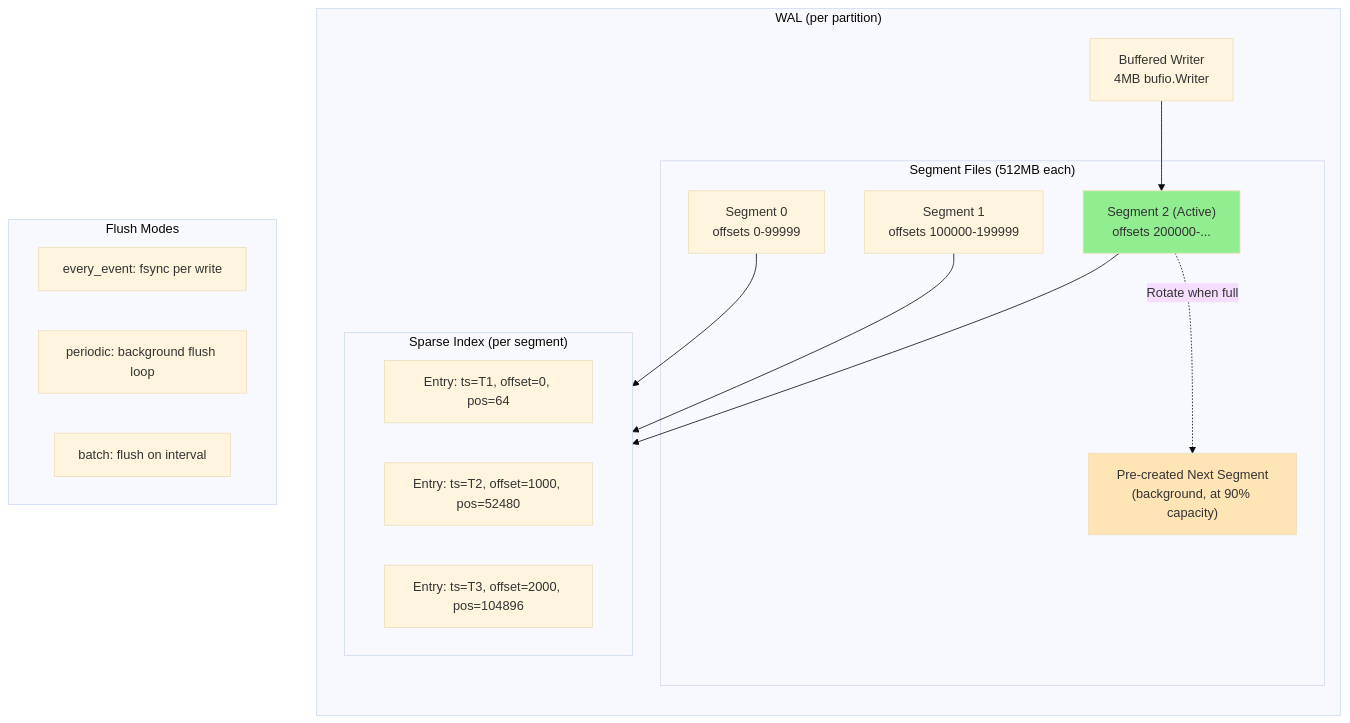
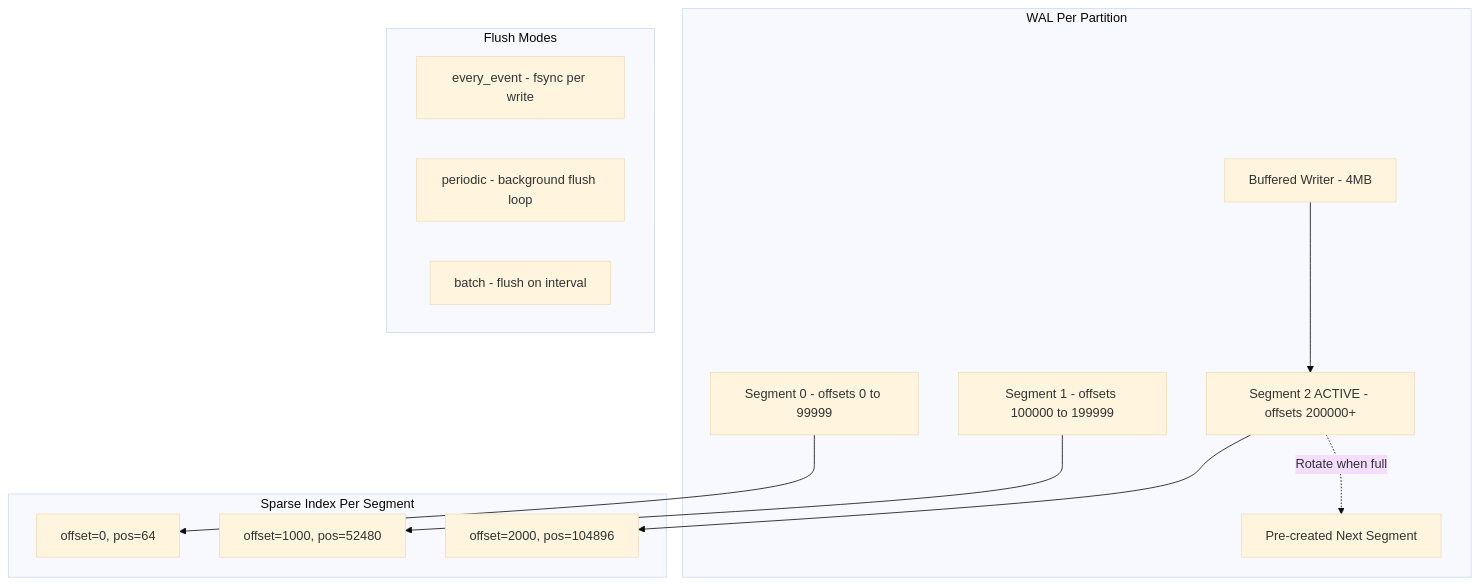
One commit to jatin711-debug/cronos_db_golang changed the eighth of 36 diagrams in ARCHITECTURE.md. Above: the diagram before and after it, drawn with Mermaid (base theme). The commit also changed other lines of this file, not shown here.

First line of the commit message:
docs(architecture): simplify documentation structure and improve clarity

````diff
--- a/ARCHITECTURE.md
+++ b/ARCHITECTURE.md
@@ -331,33 +315,28 @@
 ```mermaid
 graph TB
-    subgraph "WAL (per partition)"
-        direction TB
-        BW[Buffered Writer<br/>4MB bufio.Writer]
-        
-        subgraph Segments["Segment Files (512MB each)"]
-            S1["Segment 0<br/>offsets 0-99999"]
-            S2["Segment 1<br/>offsets 100000-199999"]
-            S3["Segment 2 (Active)<br/>offsets 200000-..."]
-            NS["Pre-created Next Segment<br/>(background, at 90% capacity)"]
-        end
-
-        subgraph Index["Sparse Index (per segment)"]
-            I1["Entry: ts=T1, offset=0, pos=64"]
-            I2["Entry: ts=T2, offset=1000, pos=52480"]
-            I3["Entry: ts=T3, offset=2000, pos=104896"]
-        end
+    subgraph WAL Per Partition
+        BW[Buffered Writer - 4MB]
+        S1[Segment 0 - offsets 0 to 99999]
+        S2[Segment 1 - offsets 100000 to 199999]
+        S3[Segment 2 ACTIVE - offsets 200000+]
+        NS[Pre-created Next Segment]
     end
 
-    subgraph "Flush Modes"
-        FM1["every_event: fsync per write"]
-        FM2["periodic: background flush loop"]
-        FM3["batch: flush on interval"]
+    subgraph Sparse Index Per Segment
+        I1[offset=0, pos=64]
+        I2[offset=1000, pos=52480]
+        I3[offset=2000, pos=104896]
+    end
+
+    subgraph Flush Modes
+        FM1[every_event - fsync per write]
+        FM2[periodic - background flush loop]
+        FM3[batch - flush on interval]
     end
 
     BW --> S3
-    S3 -.->|"Rotate when full"| NS
-    S1 & S2 & S3 --> Index
-    
-    style S3 fill:#90EE90
-    style NS fill:#FFE4B5
+    S3 -.->|Rotate when full| NS
+    S1 --> I1
+    S2 --> I2
+    S3 --> I3
 ```
````
